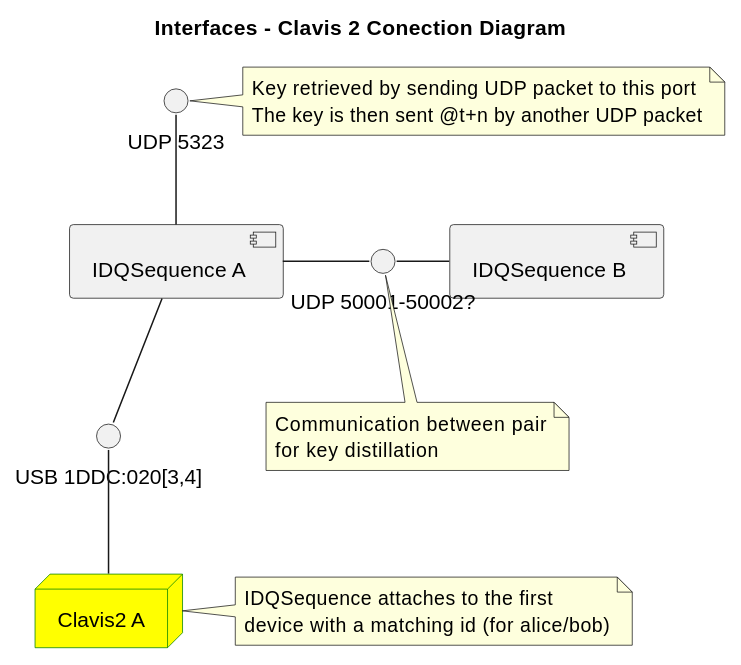
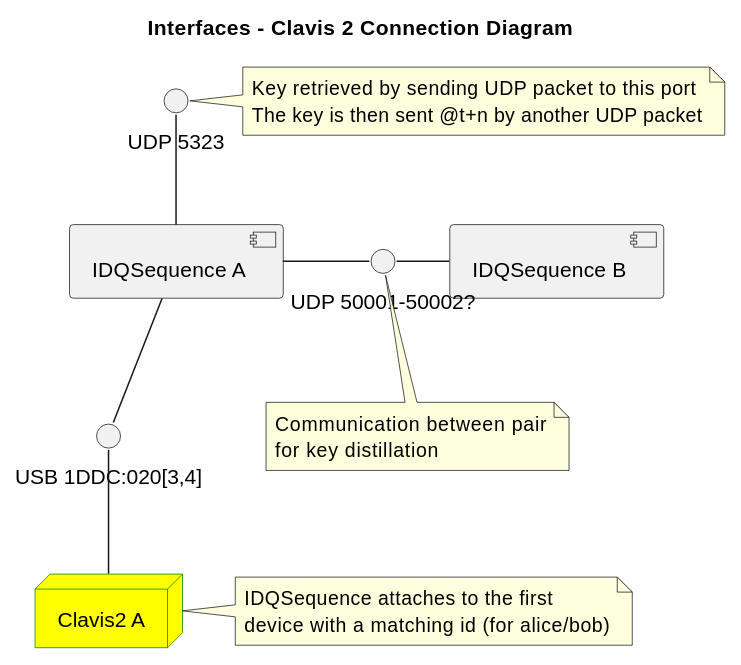
One commit to Open-QKD-Network/cqptoolkit changed the tenth of 14 diagrams in Tunnels.md. Above: the diagram before and after it, drawn with PlantUML. The commit also changed other lines of this file and 10 other files, not shown here.

```diff
--- a/Tunnels.md
+++ b/Tunnels.md
@@ -562,41 +562,41 @@
     @startuml Interfaces-Clavis2ConectionDiagram
 
-        title Interfaces - Clavis 2 Conection Diagram
+        title Interfaces - Clavis 2 Connection Diagram
 
         skinparam node {
                 borderColor Green
                 backgroundColor Yellow
         }
 
         component [IDQSequence A] as seqA
 
         node "Clavis2 A" as clavisA
 
         component [IDQSequence B] as seqB
 
         interface "USB 1DDC:020[3,4]" as usb
         interface "UDP 50001-50002?" as ipc
         interface "UDP 5323" as key
 
         seqA -r- ipc
         seqB -l- ipc
 
         seqA -u- key
         seqA -- usb
         clavisA -u- usb
 
         note right of key
             Key retrieved by sending UDP packet to this port
             The key is then sent @t+n by another UDP packet
         end note
 
         note bottom of ipc
             Communication between pair
             for key distillation
         end note
 
         note right of clavisA
             IDQSequence attaches to the first
             device with a matching id (for alice/bob)
         end note
     @enduml
```
